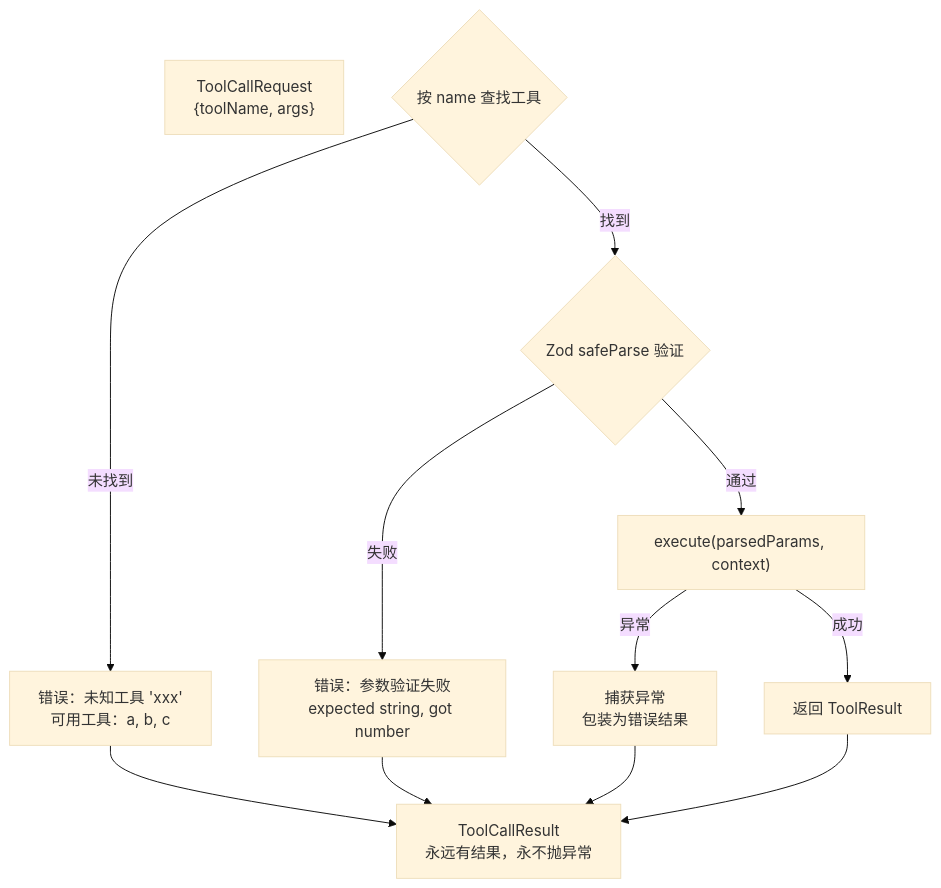
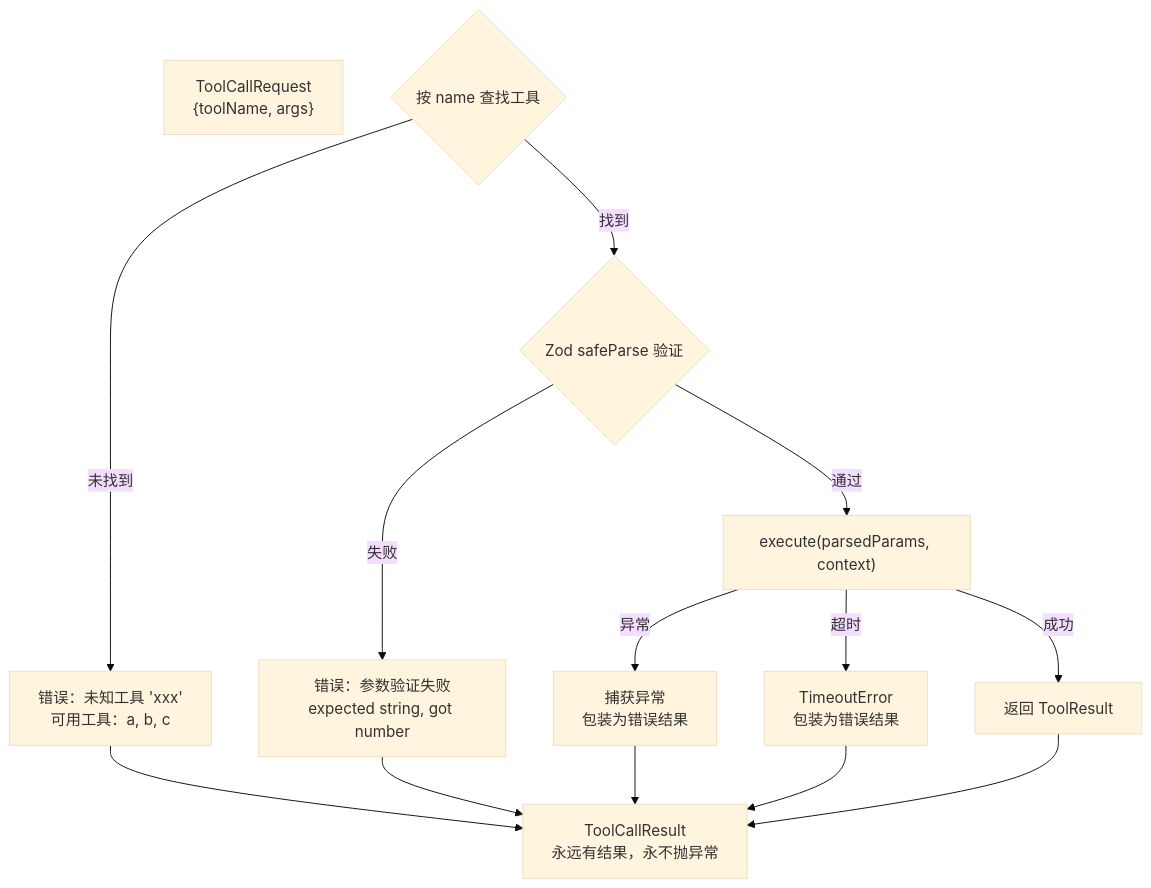
Before and after one commit to sssssssh/agent-tea: the second of 2 diagrams in docs/04-tool-system.md, drawn with Mermaid (base theme). The commit also changed other lines of this file and 4 other files, not shown here.

````diff
--- a/docs/04-tool-system.md
+++ b/docs/04-tool-system.md
@@ -208,16 +209,18 @@
 ```mermaid
 flowchart TD
     REQ["ToolCallRequest<br/>{toolName, args}"]
     FIND{"按 name 查找工具"}
     FIND -->|未找到| ERR1["错误：未知工具 'xxx'<br/>可用工具：a, b, c"]
     FIND -->|找到| PARSE{"Zod safeParse 验证"}
     PARSE -->|失败| ERR2["错误：参数验证失败<br/>expected string, got number"]
     PARSE -->|通过| EXEC["execute(parsedParams, context)"]
     EXEC -->|异常| ERR3["捕获异常<br/>包装为错误结果"]
+    EXEC -->|超时| ERR4["TimeoutError<br/>包装为错误结果"]
     EXEC -->|成功| OK["返回 ToolResult"]
 
     ERR1 --> OUT["ToolCallResult<br/>永远有结果，永不抛异常"]
     ERR2 --> OUT
     ERR3 --> OUT
+    ERR4 --> OUT
     OK --> OUT
 ```
````
